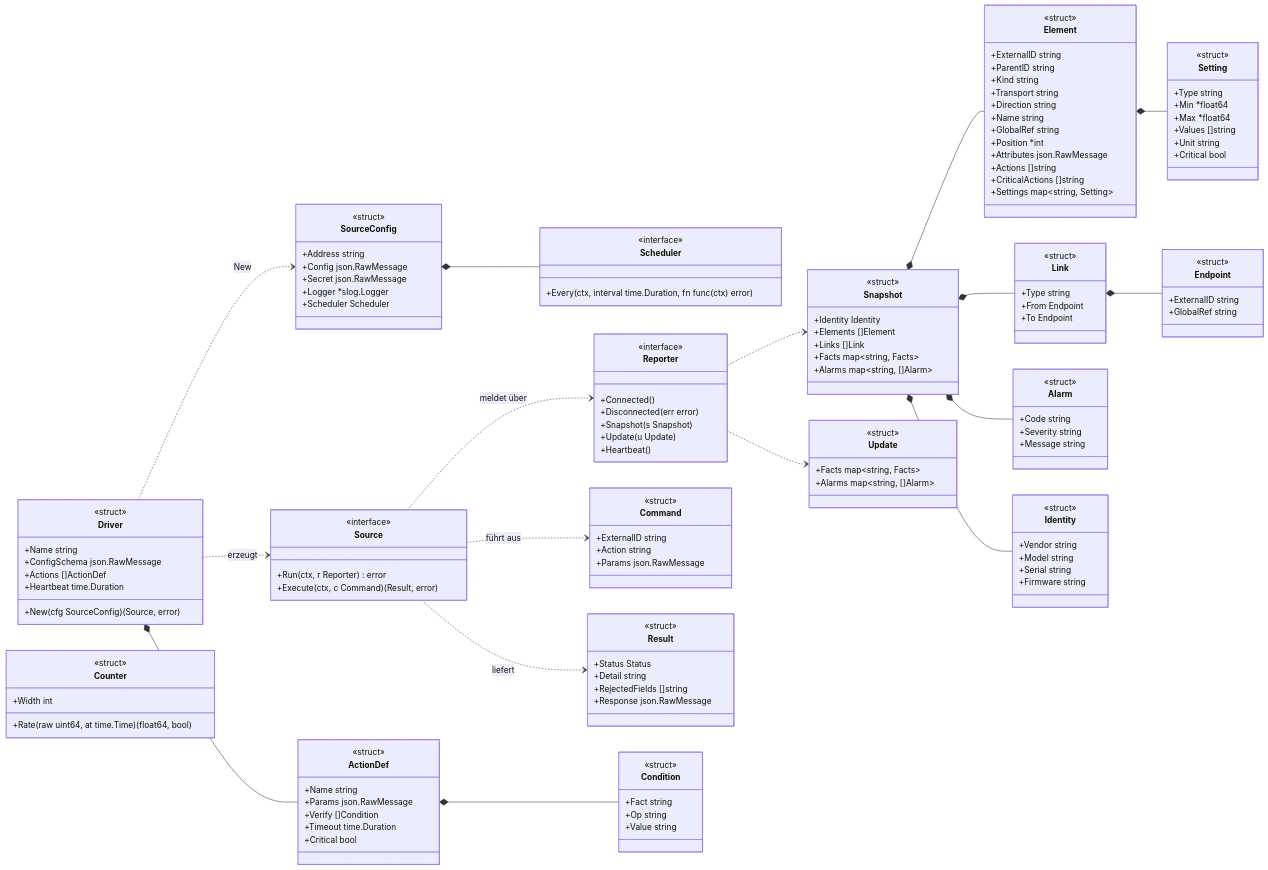
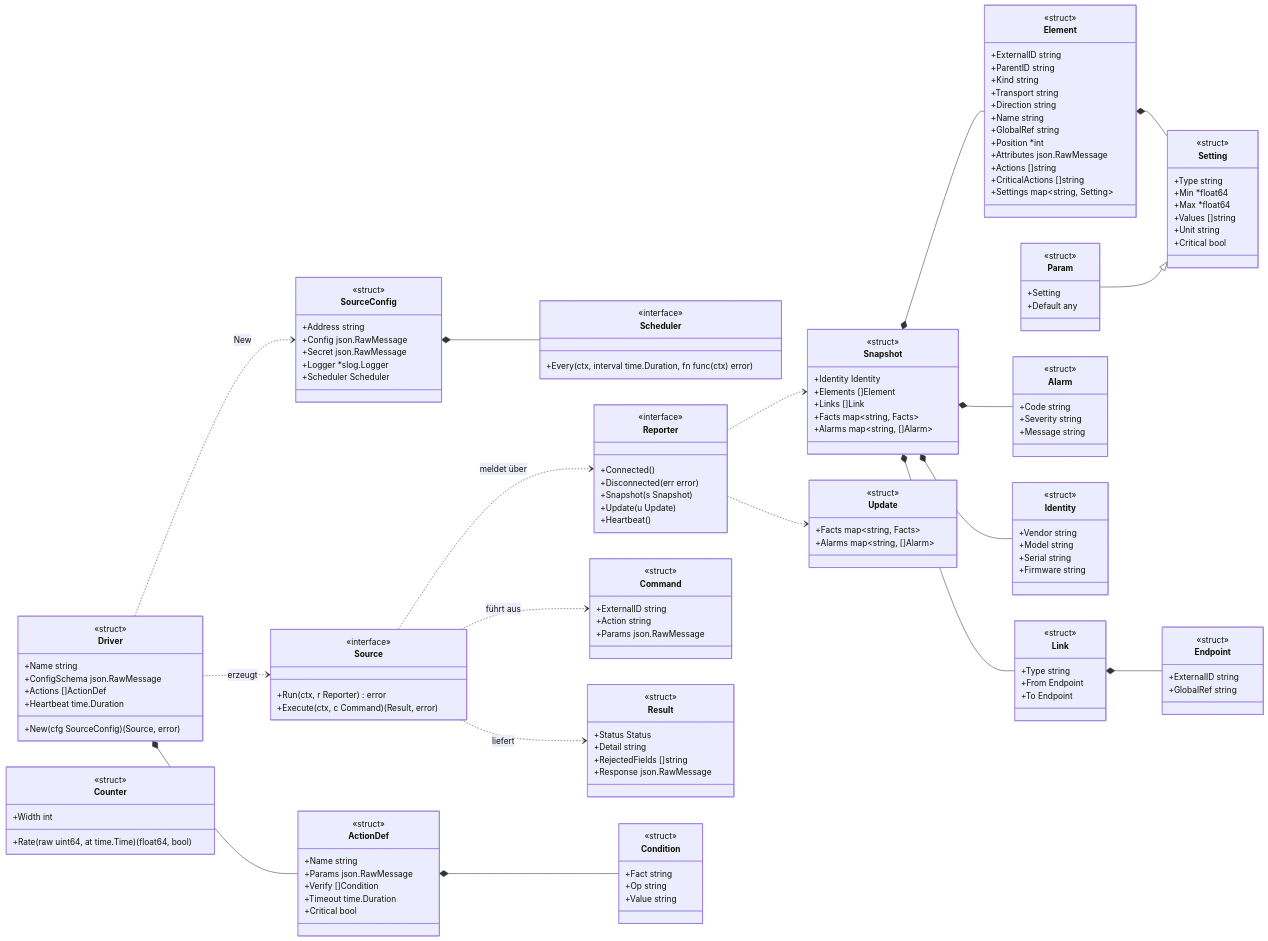
Before and after one commit to lukirs95/monika: the first of 6 diagrams in docs/contracts/sdk.md, drawn with Mermaid. The commit also changed other lines of this file and 9 other files, not shown here.

````diff
--- a/docs/contracts/sdk.md
+++ b/docs/contracts/sdk.md
@@ -137,6 +137,11 @@
         +Unit string
         +Critical bool
     }
+    class Param {
+        <<struct>>
+        +Setting
+        +Default any
+    }
     class Condition {
         <<struct>>
         +Fact string
@@ -158,6 +163,7 @@
     Snapshot *-- Link
     Snapshot *-- Alarm
     Element *-- Setting
+    Param --|> Setting
     ActionDef *-- Condition
     Link *-- Endpoint
 ```
````
